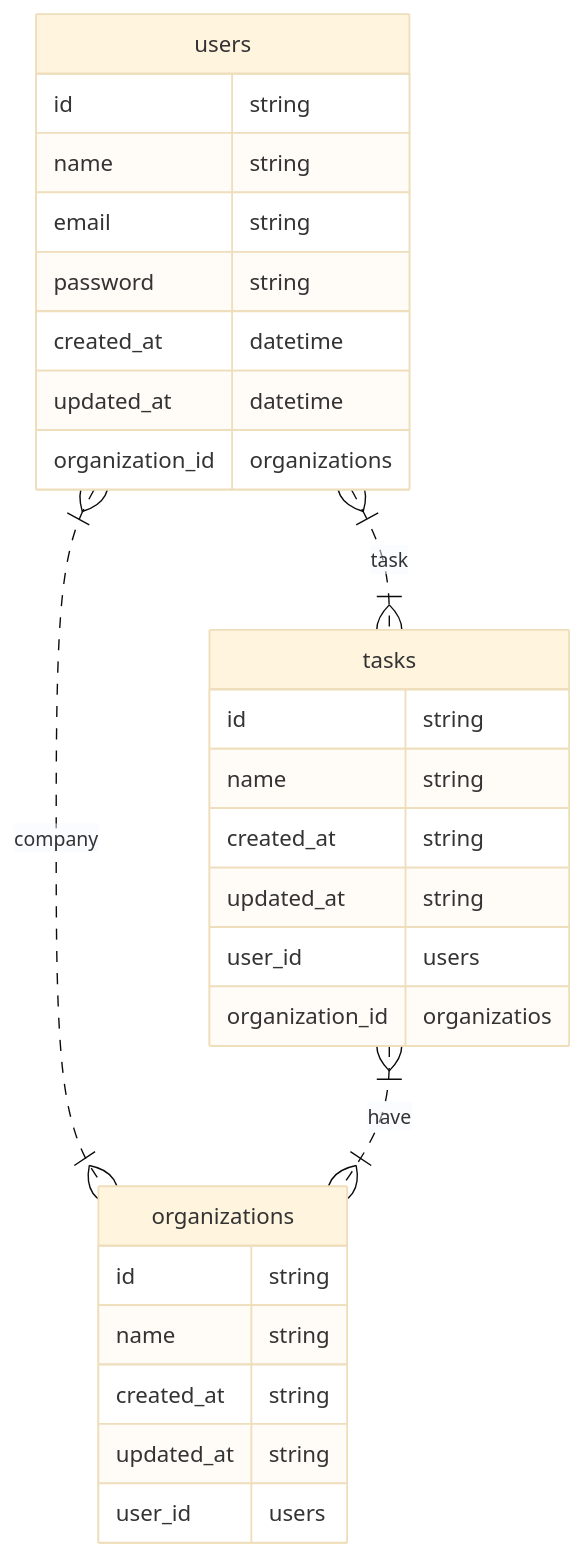
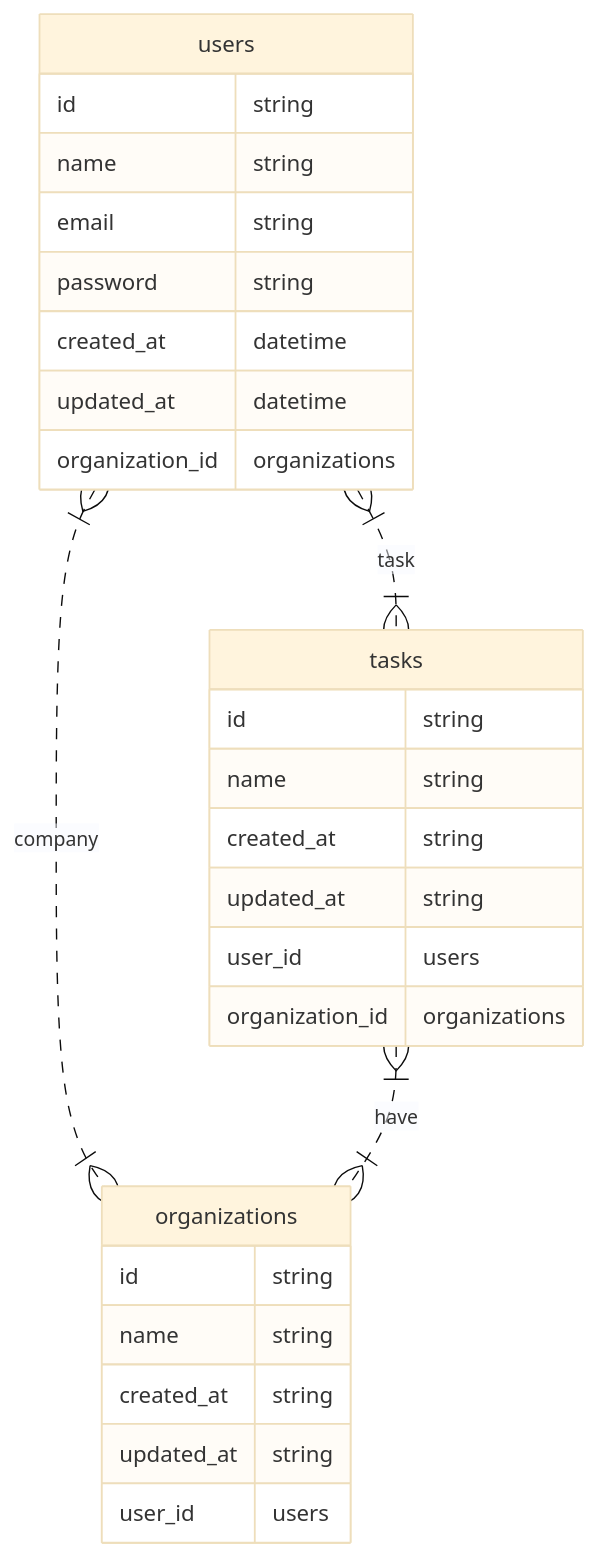
Before and after one commit to takumi12311123/project-kadai3: the diagram in db/er.md, drawn with Mermaid (base theme).

Commit message:
feat: feature mermaid

````diff
--- a/db/er.md
+++ b/db/er.md
@@ -1,34 +1,34 @@
 ```mermaid
 erDiagram
 
   users {
-  id string 
-  name string 
-  email string 
-  password string 
+  id string
+  name string
+  email string
+  password string
   created_at datetime
   updated_at datetime
   organization_id organizations
   }
-  
+
   organizations {
    id string
    name string
    created_at string
    updated_at string
    user_id users
   }
-  
+
   tasks {
    id string
    name string
    created_at string
    updated_at string
    user_id users
-   organization_id organizatios
+   organization_id organizations
   }
-  
+
   users }|..|{ organizations: company
   users }|..|{ tasks: task
   tasks }|..|{ organizations: have
 ```
````
